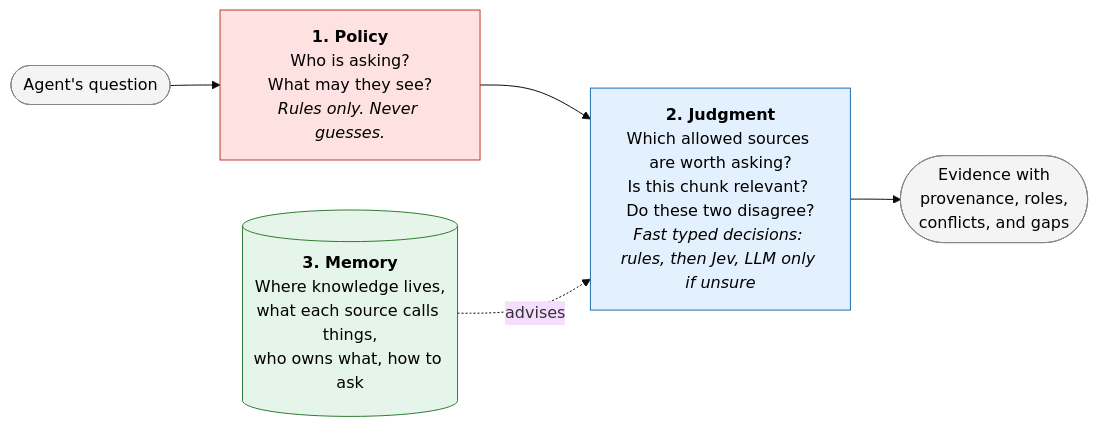
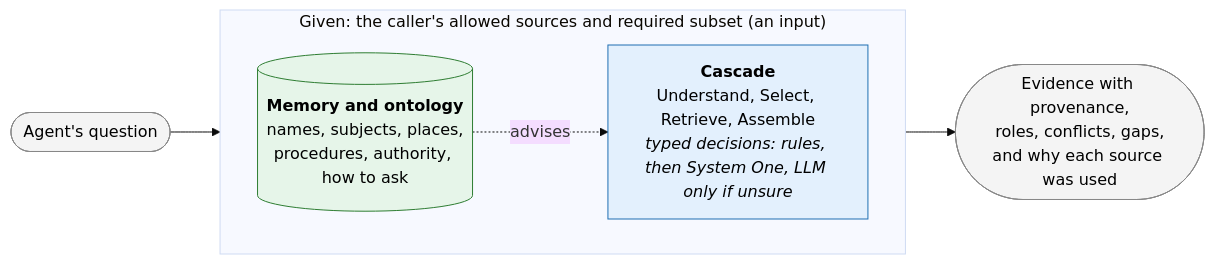
One commit to arunmenon/sanctum changed the first of 11 diagrams in design/intelligence-layer/hld.md. Above: the diagram before and after it, drawn with Mermaid (base theme). The commit also changed other lines of this file and 7 other files, not shown here.

Commit message:
HLD v5.3: routing intelligence only; policy as an assumed input; four-stage journey

````diff
--- a/design/intelligence-layer/hld.md
+++ b/design/intelligence-layer/hld.md
@@ -31,17 +31,18 @@
 ```mermaid
 flowchart LR
-    Q(["Agent's question"]) --> P
-    P["<b>1. Policy</b><br/>Who is asking?<br/>What may they see?<br/><i>Rules only. Never guesses.</i>"]
-    P --> J["<b>2. Judgment</b><br/>Which allowed sources are worth asking?<br/>Is this chunk relevant? Do these two disagree?<br/><i>Fast typed decisions: rules, then Jev, LLM only if unsure</i>"]
-    J --> A(["Evidence with<br/>provenance, roles,<br/>conflicts, and gaps"])
-    M[("<b>3. Memory</b><br/>Where knowledge lives,<br/>what each source calls things,<br/>who owns what, how to ask")] -. advises .-> J
+    Q(["Agent's question"]) --> C
+    subgraph AS["Given: the caller's allowed sources and required subset (an input)"]
+        direction LR
+        C["<b>Cascade</b><br/>Understand, Select, Retrieve, Assemble<br/><i>typed decisions: rules, then System One, LLM only if unsure</i>"]
+        M[("<b>Memory and ontology</b><br/>names, subjects, places,<br/>procedures, authority, how to ask")]
+        M -. advises .-> C
+    end
+    C --> A(["Evidence with provenance,<br/>roles, conflicts, gaps,<br/>and why each source was used"])
 
-    classDef policy fill:#fde2e1,stroke:#c0392b,color:#000
     classDef judge fill:#e3f0fd,stroke:#1f6fb2,color:#000
     classDef mem fill:#e6f5e9,stroke:#2e7d32,color:#000
     classDef io fill:#f4f4f4,stroke:#888,color:#000
-    class P policy
-    class J judge
+    class C judge
     class M mem
     class Q,A io
 ```
````
